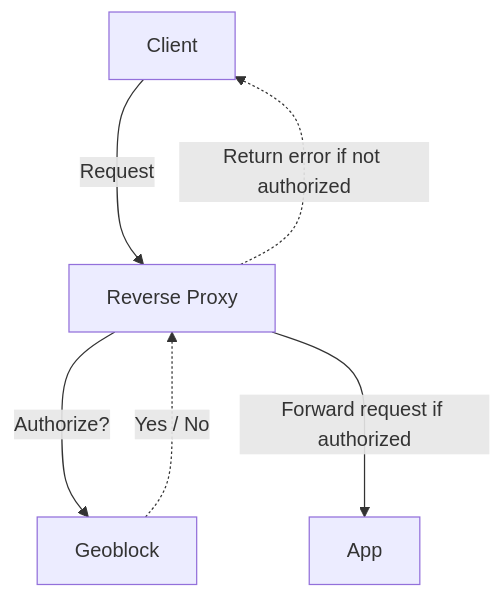
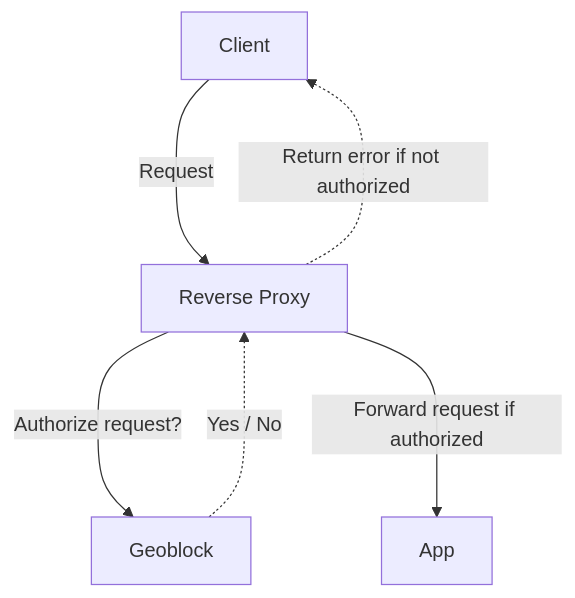
The diagram in README.md (danroc/geoblock), drawn with Mermaid before and after one commit.

Commit message:
docs: update deployment diagram (#180)

````diff
--- a/README.md
+++ b/README.md
@@ -58,13 +58,13 @@
 ```mermaid
 flowchart TD
   Client
   Proxy["Reverse Proxy"]
   App
   Geoblock
 
   Client --->|Request| Proxy
-  Proxy --->|Authorize?| Geoblock
+  Proxy --->|Authorize request?| Geoblock
   Geoblock -..->|Yes / No| Proxy
   Proxy -..->|Return error if not authorized| Client
   Proxy --->|Forward request if authorized| App
 ```
````
